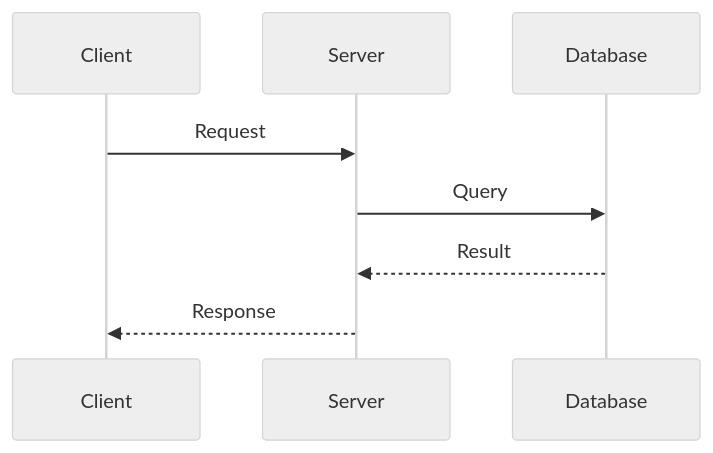
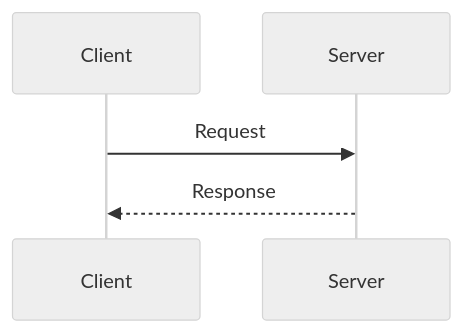
One commit to acking-you/myclaude-skills changed the second of 3 diagrams in skills/tech-design-doc/SKILL.md. Above: the diagram before and after it, drawn with Mermaid (neutral theme). The commit also changed other lines of this file, not shown here.

````diff
--- a/skills/tech-design-doc/SKILL.md
+++ b/skills/tech-design-doc/SKILL.md
@@ -248,11 +145,5 @@
 ```mermaid
 sequenceDiagram
-    participant Client
-    participant Server
-    participant Database
-
     Client->>Server: Request
-    Server->>Database: Query
-    Database-->>Server: Result
     Server-->>Client: Response
 ```
````
